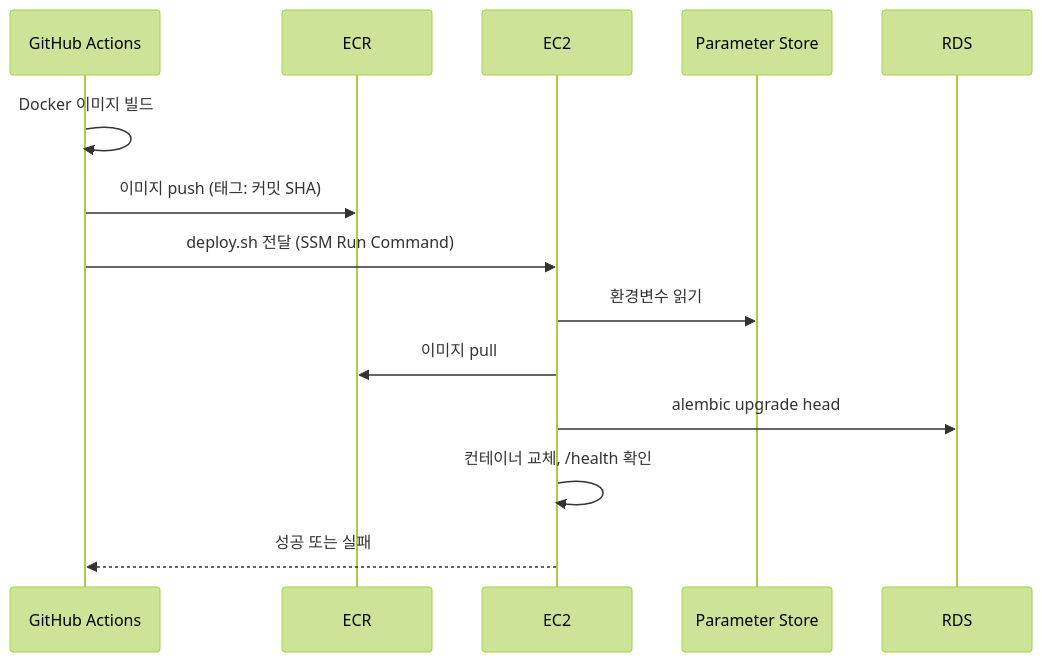
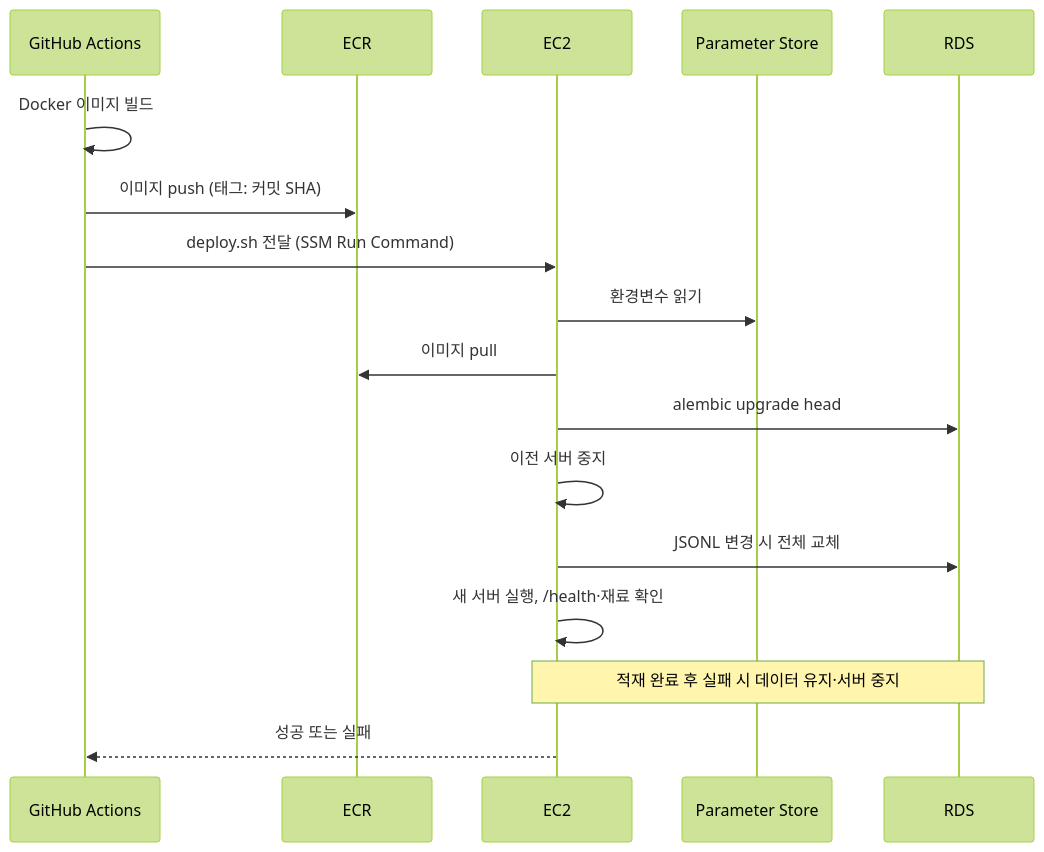
One commit to snuhcs-course/swpp-2026-project-team-08 changed the second of 2 diagrams in server/docs/deploy.md. Above: the diagram before and after it, drawn with Mermaid (forest theme). The commit also changed other lines of this file and 3 other files, not shown here.

````diff
--- a/server/docs/deploy.md
+++ b/server/docs/deploy.md
@@ -84,17 +96,20 @@
 ```mermaid
 sequenceDiagram
   participant GH as GitHub Actions
   participant ECR
   participant EC2
   participant PS as Parameter Store
   participant DB as RDS
 
   GH->>GH: Docker 이미지 빌드
   GH->>ECR: 이미지 push (태그: 커밋 SHA)
   GH->>EC2: deploy.sh 전달 (SSM Run Command)
   EC2->>PS: 환경변수 읽기
   EC2->>ECR: 이미지 pull
   EC2->>DB: alembic upgrade head
-  EC2->>EC2: 컨테이너 교체, /health 확인
+  EC2->>EC2: 이전 서버 중지
+  EC2->>DB: JSONL 변경 시 전체 교체
+  EC2->>EC2: 새 서버 실행, /health·재료 확인
+  Note over EC2,DB: 적재 완료 후 실패 시 데이터 유지·서버 중지
   EC2-->>GH: 성공 또는 실패
 ```
````
